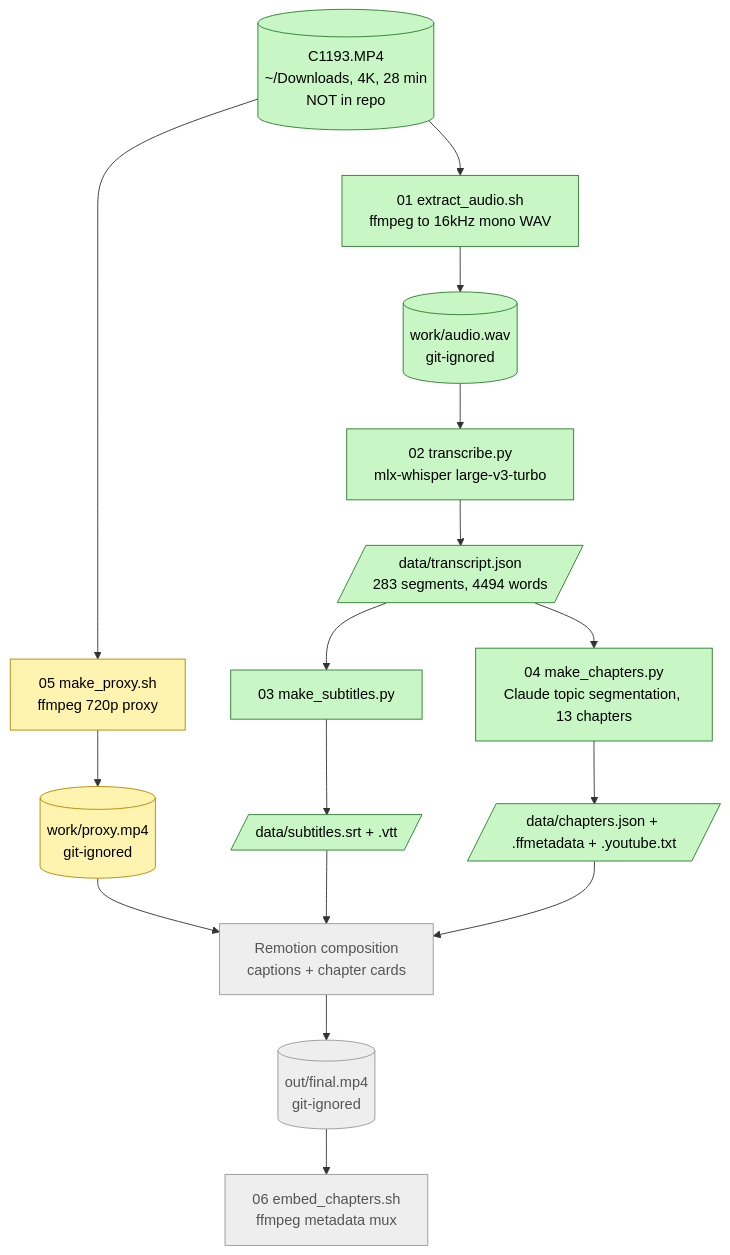
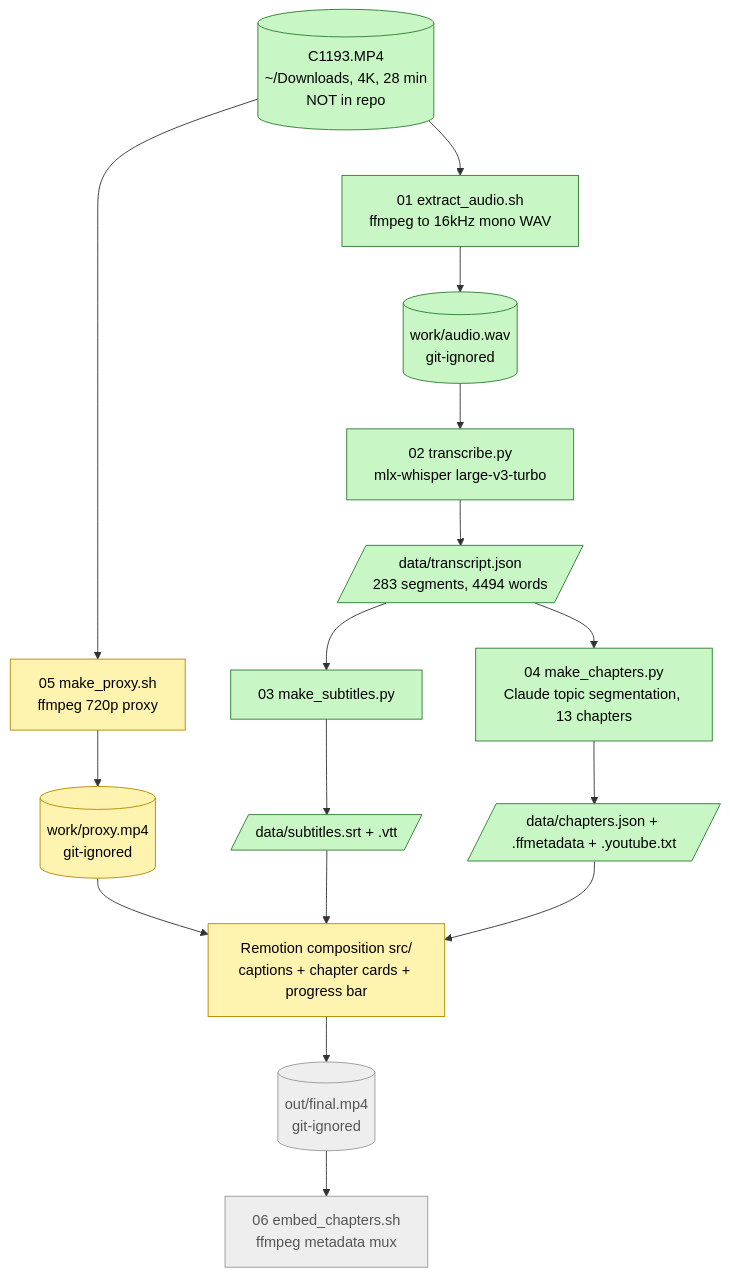
The diagram in README.md (rifaterdemsahin/2026-W46_Delivery_Pilot_Interview), drawn with Mermaid before and after one commit. The commit also changed other lines of this file and 15 other files, not shown here.

Commit message:
Set up Remotion composition (captions, chapter cards, progress bar) and render script

````diff
--- a/README.md
+++ b/README.md
@@ -11,30 +11,30 @@
 ```mermaid
 flowchart TD
     SRC[("C1193.MP4<br/>~/Downloads, 4K, 28 min<br/>NOT in repo")]:::done
     S1["01 extract_audio.sh<br/>ffmpeg to 16kHz mono WAV"]:::done
     WAV[("work/audio.wav<br/>git-ignored")]:::done
     S2["02 transcribe.py<br/>mlx-whisper large-v3-turbo"]:::done
     TJ[/"data/transcript.json<br/>283 segments, 4494 words"/]:::done
     S3["03 make_subtitles.py"]:::done
     SUB[/"data/subtitles.srt + .vtt"/]:::done
     S4["04 make_chapters.py<br/>Claude topic segmentation, 13 chapters"]:::done
     CH[/"data/chapters.json + .ffmetadata + .youtube.txt"/]:::done
     S5["05 make_proxy.sh<br/>ffmpeg 720p proxy"]:::wip
     PX[("work/proxy.mp4<br/>git-ignored")]:::wip
-    RM["Remotion composition<br/>captions + chapter cards"]:::todo
+    RM["Remotion composition src/<br/>captions + chapter cards + progress bar"]:::wip
     OUT[("out/final.mp4<br/>git-ignored")]:::todo
     S8["06 embed_chapters.sh<br/>ffmpeg metadata mux"]:::todo
 
     SRC --> S1 --> WAV --> S2 --> TJ
     TJ --> S3 --> SUB
     TJ --> S4 --> CH
     SRC --> S5 --> PX
     PX --> RM
     SUB --> RM
     CH --> RM
     RM --> OUT --> S8
 
     classDef done fill:#c8f7c5,stroke:#2e7d32,color:#000
     classDef wip fill:#fff3b0,stroke:#b58900,color:#000
     classDef todo fill:#eee,stroke:#999,color:#555
 ```
````
